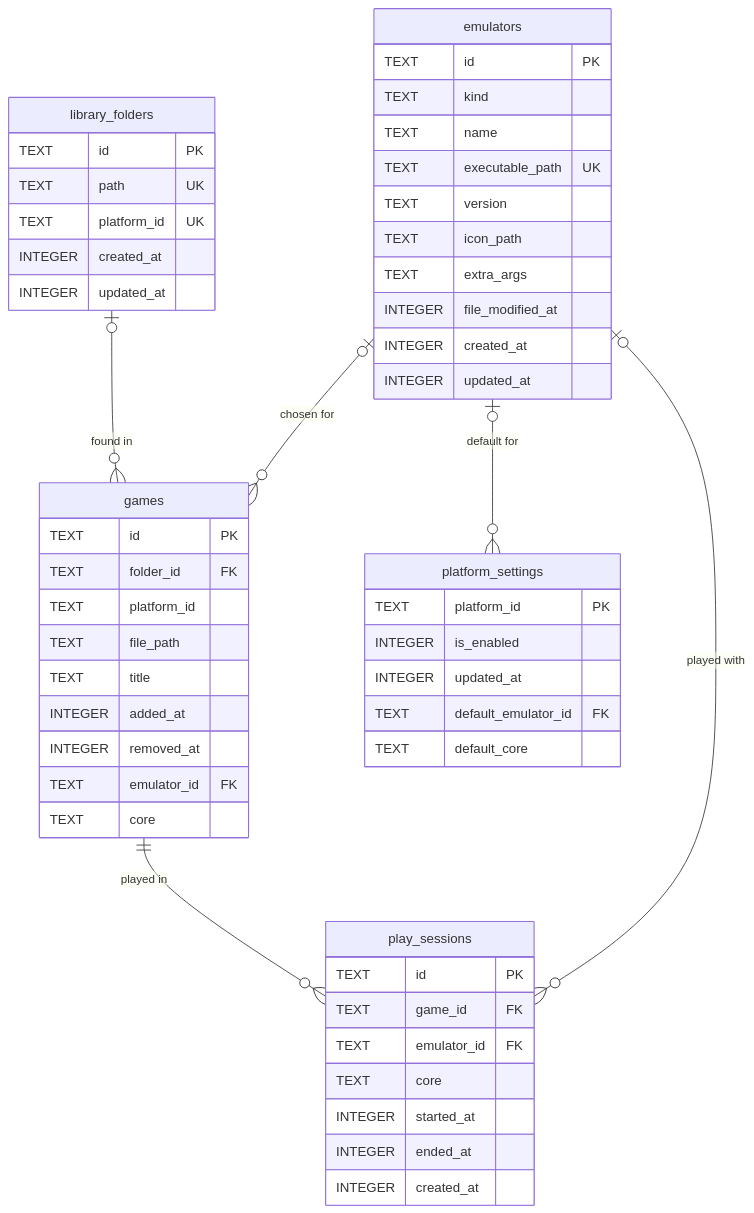
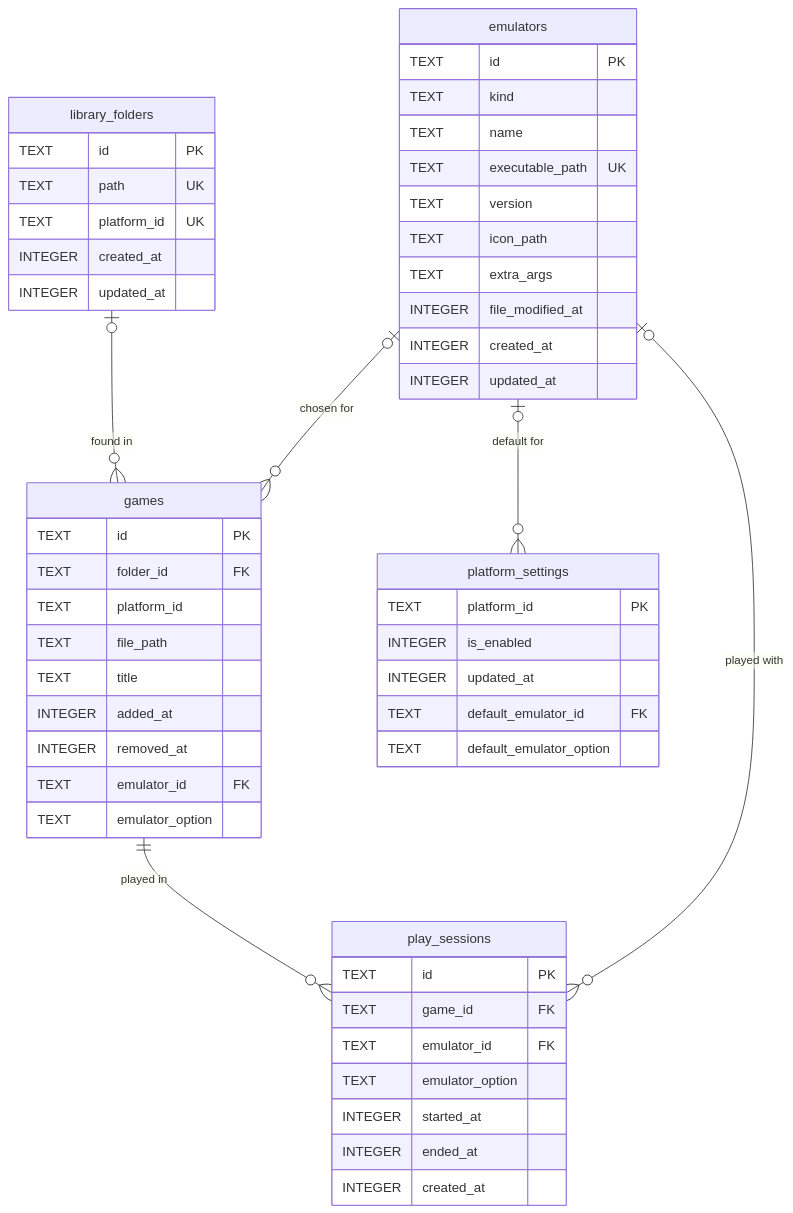
Before and after one commit to alexisiba/ilnamiki: the first of 2 diagrams in DATABASE.md, drawn with Mermaid. The commit also changed other lines of this file and 122 other files, not shown here.

````diff
--- a/DATABASE.md
+++ b/DATABASE.md
@@ -50,55 +50,55 @@
 ```mermaid
 erDiagram
     library_folders |o--o{ games : "found in"
     games ||--o{ play_sessions : "played in"
     emulators |o--o{ play_sessions : "played with"
     emulators |o--o{ games : "chosen for"
     emulators |o--o{ platform_settings : "default for"
 
     emulators {
         TEXT id PK
         TEXT kind
         TEXT name
         TEXT executable_path UK
         TEXT version
         TEXT icon_path
         TEXT extra_args
         INTEGER file_modified_at
         INTEGER created_at
         INTEGER updated_at
     }
     library_folders {
         TEXT id PK
         TEXT path UK
         TEXT platform_id UK
         INTEGER created_at
         INTEGER updated_at
     }
     games {
         TEXT id PK
         TEXT folder_id FK
         TEXT platform_id
         TEXT file_path
         TEXT title
         INTEGER added_at
         INTEGER removed_at
         TEXT emulator_id FK
-        TEXT core
+        TEXT emulator_option
     }
     platform_settings {
         TEXT platform_id PK
         INTEGER is_enabled
         INTEGER updated_at
         TEXT default_emulator_id FK
-        TEXT default_core
+        TEXT default_emulator_option
     }
     play_sessions {
         TEXT id PK
         TEXT game_id FK
         TEXT emulator_id FK
-        TEXT core
+        TEXT emulator_option
         INTEGER started_at
         INTEGER ended_at
         INTEGER created_at
     }
 ```
````
